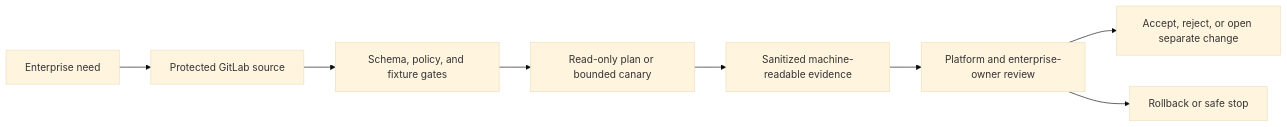
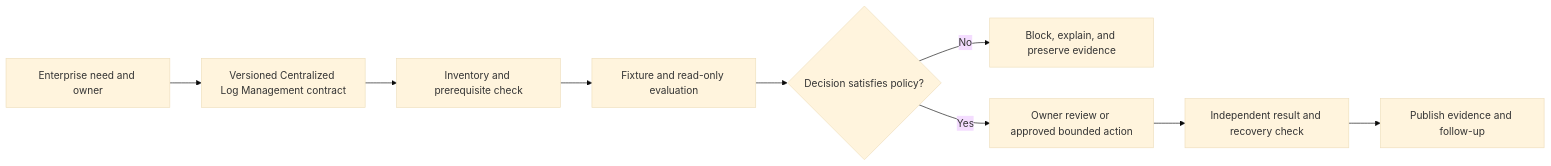
Before and after one commit to MIDHTECH/enterprise-architecture-docs: the diagram in docs/use-cases/observability/UC-OBS-004-centralized-log-management.md, drawn with Mermaid (base theme). The commit also changed other lines of this file and 15 other files, not shown here.

````diff
--- a/docs/use-cases/observability/UC-OBS-004-centralized-log-management.md
+++ b/docs/use-cases/observability/UC-OBS-004-centralized-log-management.md
@@ -68,10 +136,11 @@
 ```mermaid
 flowchart LR
-    Need["Enterprise need"] --> Source["Protected GitLab source"]
-    Source --> CI["Schema, policy, and fixture gates"]
-    CI --> Plan["Read-only plan or bounded canary"]
-    Plan --> Evidence["Sanitized machine-readable evidence"]
-    Evidence --> Review["Platform and enterprise-owner review"]
-    Review --> Accept["Accept, reject, or open separate change"]
-    Review --> Recover["Rollback or safe stop"]
+    Need["Enterprise need and owner"] --> Contract["Versioned Centralized Log Management contract"]
+    Contract --> Preflight["Inventory and prerequisite check"]
+    Preflight --> Evaluate["Fixture and read-only evaluation"]
+    Evaluate --> Decision{"Decision satisfies policy?"}
+    Decision -->|No| Stop["Block, explain, and preserve evidence"]
+    Decision -->|Yes| Review["Owner review or approved bounded action"]
+    Review --> Verify["Independent result and recovery check"]
+    Verify --> Publish["Publish evidence and follow-up"]
 ```
````
